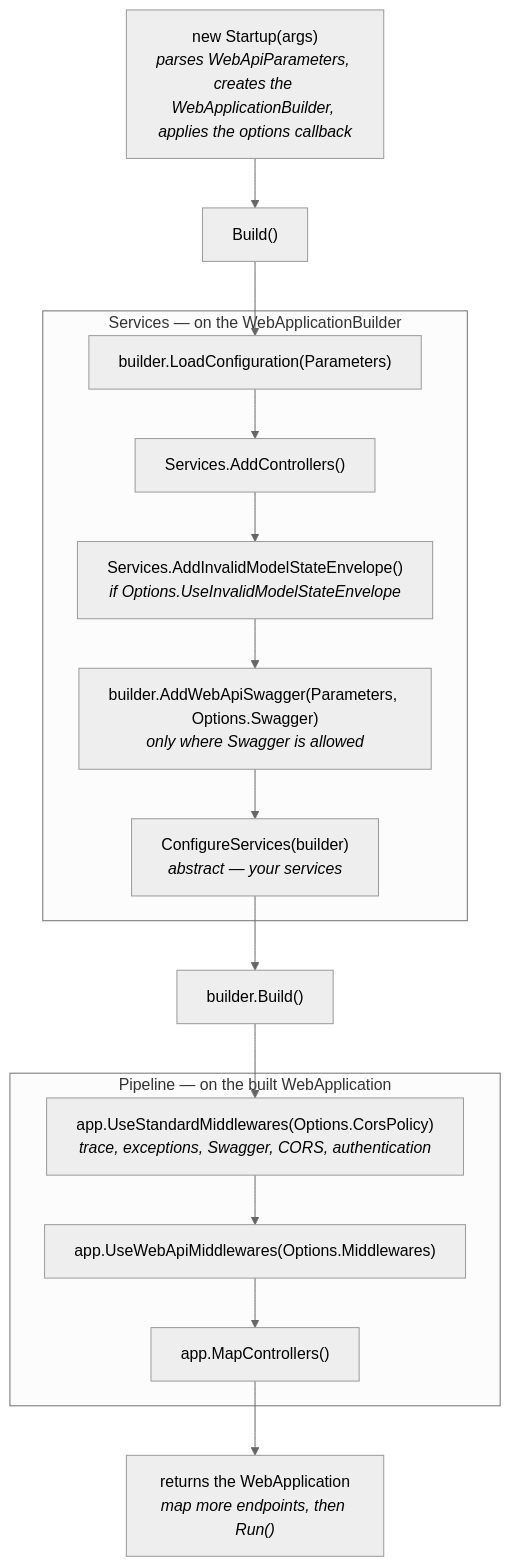
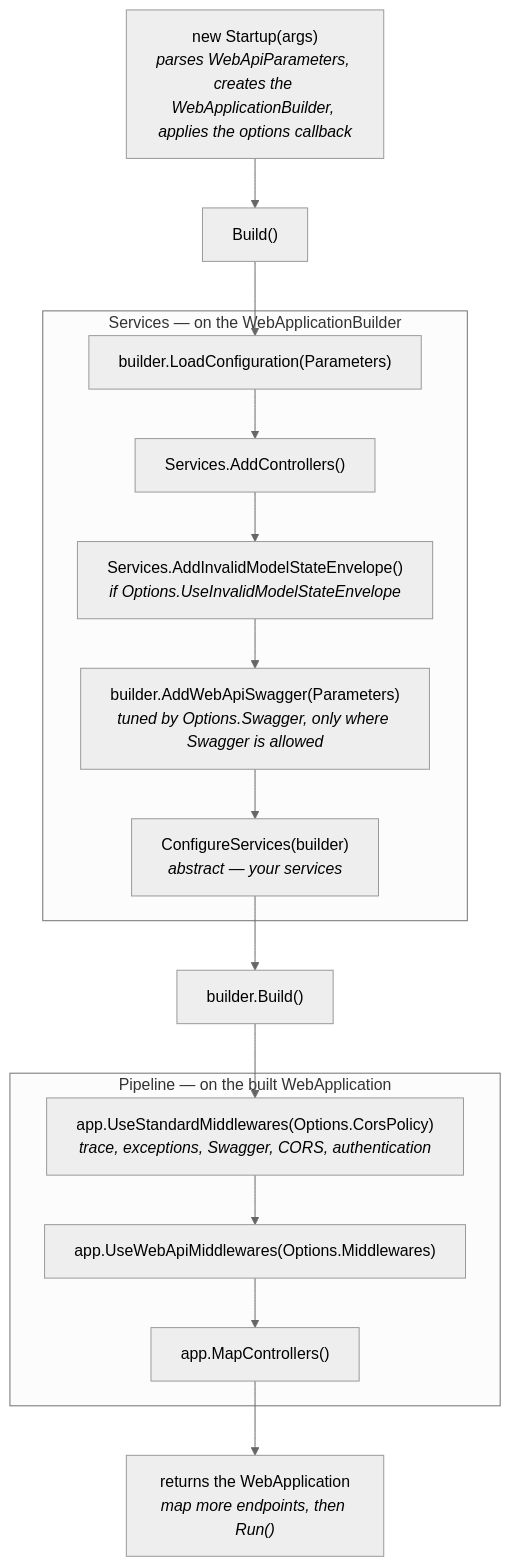
One commit to artur-rios/dotnet-webapi-util changed the diagram in docs/content/en/docs/configuration.md. Above: the diagram before and after it, drawn with Mermaid (neutral theme). The commit also changed other lines of this file and 11 other files, not shown here.

````diff
--- a/docs/content/en/docs/configuration.md
+++ b/docs/content/en/docs/configuration.md
@@ -17,18 +17,18 @@
 ```mermaid
 flowchart TB
     New["new Startup(args)<br/><i>parses WebApiParameters, creates the WebApplicationBuilder, applies the options callback</i>"] --> Build["Build()"]
     subgraph Services["Services — on the WebApplicationBuilder"]
         Load["builder.LoadConfiguration(Parameters)"] --> Controllers["Services.AddControllers()"]
         Controllers --> Envelope["Services.AddInvalidModelStateEnvelope()<br/><i>if Options.UseInvalidModelStateEnvelope</i>"]
-        Envelope --> SwaggerGen["builder.AddWebApiSwagger(Parameters, Options.Swagger)<br/><i>only where Swagger is allowed</i>"]
+        Envelope --> SwaggerGen["builder.AddWebApiSwagger(Parameters)<br/><i>tuned by Options.Swagger, only where Swagger is allowed</i>"]
         SwaggerGen --> Configure["ConfigureServices(builder)<br/><i>abstract — your services</i>"]
     end
     subgraph Pipeline["Pipeline — on the built WebApplication"]
         Standard["app.UseStandardMiddlewares(Options.CorsPolicy)<br/><i>trace, exceptions, Swagger, CORS, authentication</i>"] --> Extra["app.UseWebApiMiddlewares(Options.Middlewares)"]
         Extra --> Map["app.MapControllers()"]
     end
     Build --> Load
     Configure --> AppBuild["builder.Build()"]
     AppBuild --> Standard
     Map --> Return["returns the WebApplication<br/><i>map more endpoints, then Run()</i>"]
 ```
````
